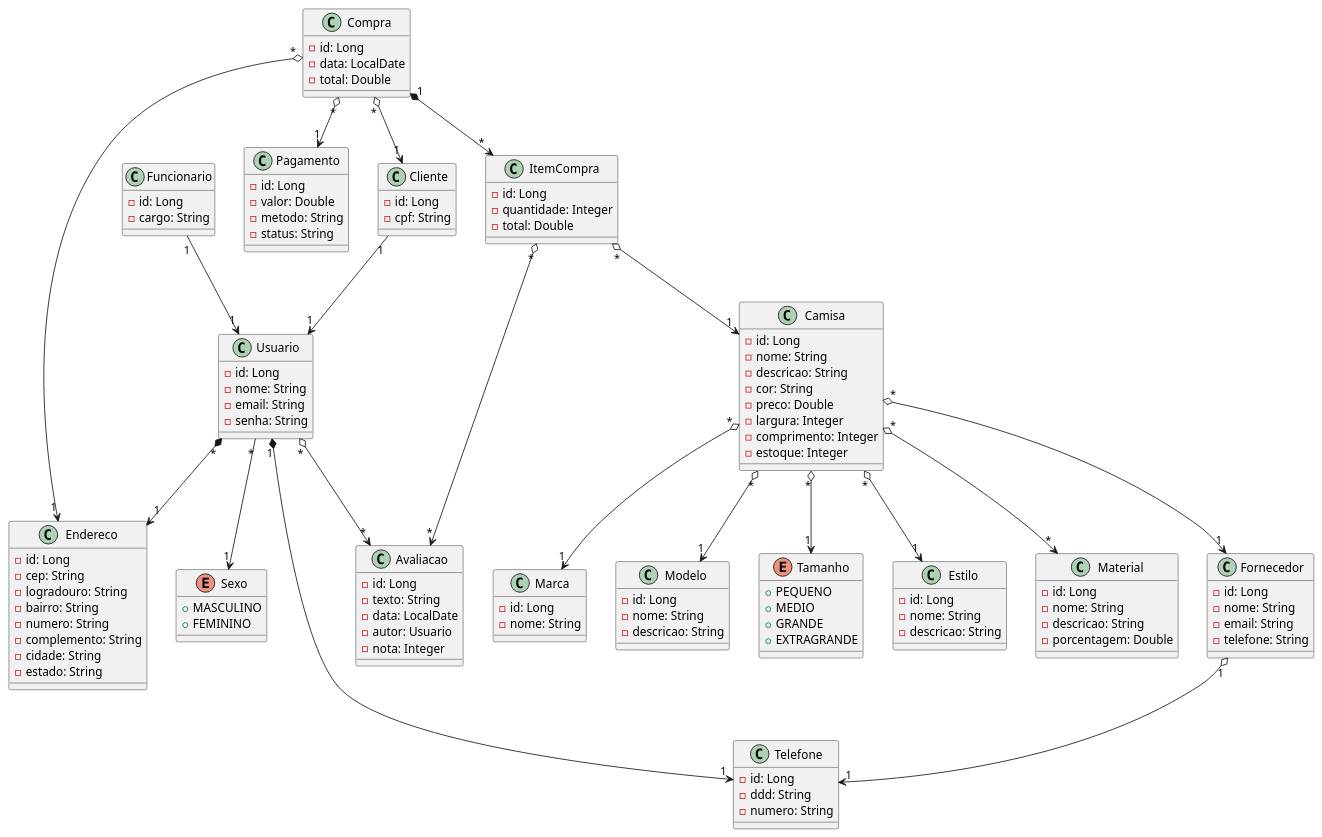
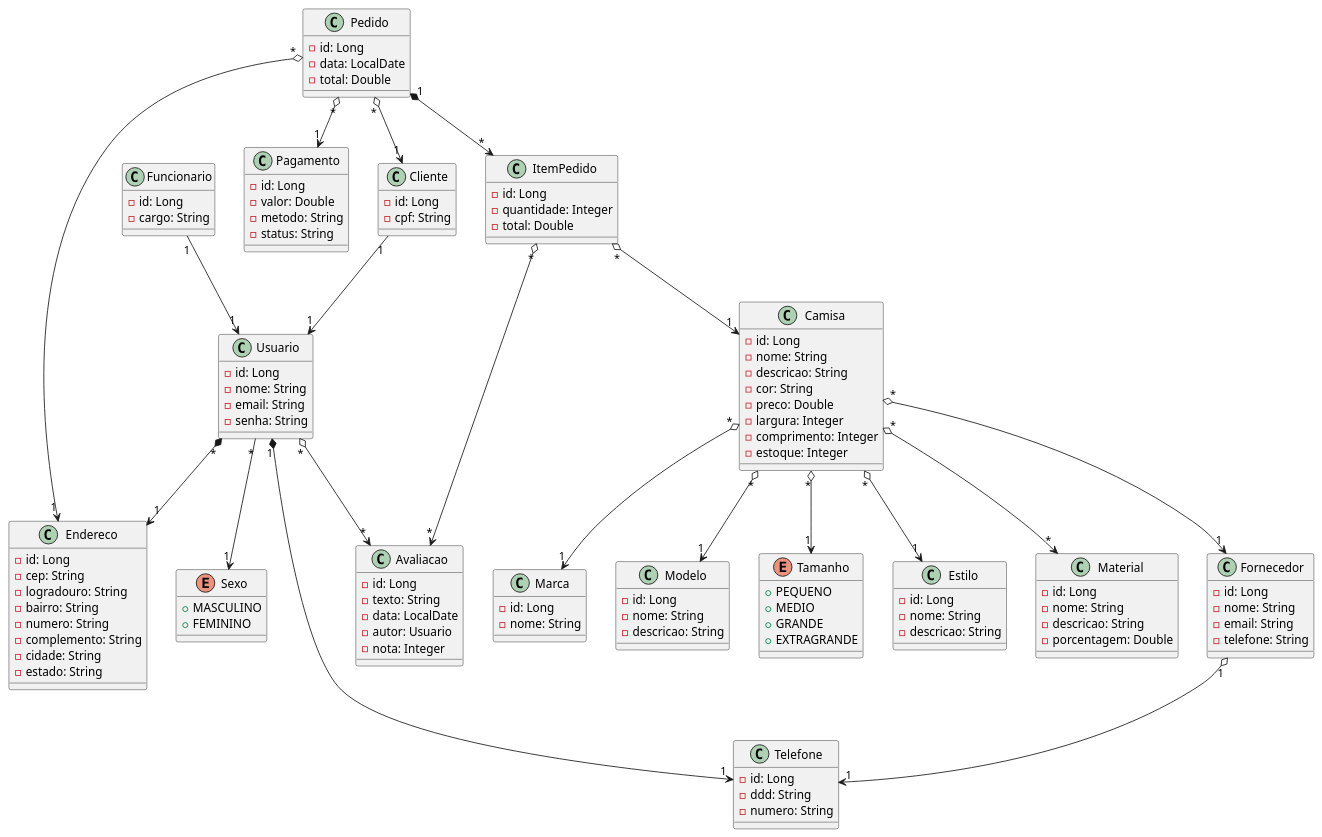
One commit to MenesesErick/e-commerce_camisa changed the diagram in uml.plantuml. Above: the diagram before and after it, drawn with PlantUML. The commit also changed 22 other files, not shown here.

```diff
--- a/uml.plantuml
+++ b/uml.plantuml
@@ -1,152 +1,152 @@
 @startuml
 
-' Compra
-class Compra {
+' Pedido
+class Pedido {
     - id: Long
     - data: LocalDate
     - total: Double
 }
 
-class ItemCompra {
+class ItemPedido {
     - id: Long
     - quantidade: Integer
     - total: Double
 }
 
 ' Usuario
 class Usuario {
     - id: Long
     - nome: String
     - email: String
     - senha: String
 }
 
 class Cliente {
     - id: Long
     - cpf: String
 }
 
 class Funcionario {
     - id: Long
     - cargo: String
 }
 
 class Endereco {
     - id: Long
     - cep: String
     - logradouro: String
     - bairro: String
     - numero: String
     - complemento: String
     - cidade: String
     - estado: String
 }
 
 class Telefone {
     - id: Long
     - ddd: String
     - numero: String
 }
 
 ' Camisa
 
 class Camisa {
     - id: Long
     - nome: String
     - descricao: String
     - cor: String
     - preco: Double
     - largura: Integer
     - comprimento: Integer
     - estoque: Integer
 }
 
 class Estilo {
     - id: Long
     - nome: String
     - descricao: String
 }
 
 class Material {
     - id: Long
     - nome: String
     - descricao: String
     - porcentagem: Double
 }
 
 class Fornecedor {
     - id: Long
     - nome: String
     - email: String
     - telefone: String
 }
 
 enum Sexo {
     + MASCULINO
     + FEMININO
 }
 
 ' Novas Classes
 
 class Pagamento {
     - id: Long
     - valor: Double
     - metodo: String
     - status: String
 }
 
 class Avaliacao {
     - id: Long
     - texto: String
     - data: LocalDate
     - autor: Usuario
     - nota: Integer
 }
 
 class Marca {
     - id: Long
     - nome: String
 }
 
 class Modelo {
     - id: Long
     - nome: String
     - descricao: String
 }
 
 Enum Tamanho {
     + PEQUENO
     + MEDIO
     + GRANDE
     + EXTRAGRANDE
 }
 
 ' Relacionamentos
 
-Compra "*" o--> "1" Pagamento
-ItemCompra "*" o--> "*" Avaliacao
+Pedido "*" o--> "1" Pagamento
+ItemPedido "*" o--> "*" Avaliacao
 Usuario "*" o--> "*" Avaliacao
 
-Compra "1" *--> "*" ItemCompra
-Compra "*" o--> "1" Cliente
-Compra "*" o--> "1" Endereco
-ItemCompra "*" o--> "1" Camisa
+Pedido "1" *--> "*" ItemPedido
+Pedido "*" o--> "1" Cliente
+Pedido "*" o--> "1" Endereco
+ItemPedido "*" o--> "1" Camisa
 
 Usuario "*" *--> "1" Endereco
 Usuario "1" *--> "1" Telefone
 
 Camisa "*" o--> "1" Tamanho
 Camisa "*" o--> "1" Estilo
 Camisa "*" o--> "*" Material
 Camisa "*" o--> "1" Fornecedor
 
 Camisa "*" o--> "1" Marca
 Camisa "*" o--> "1" Modelo
 
 Fornecedor "1" o--> "1" Telefone
 
 Cliente "1"--> "1" Usuario
 Usuario "*" --> "1" Sexo
 Funcionario "1"--> "1" Usuario
 
 @enduml
```
